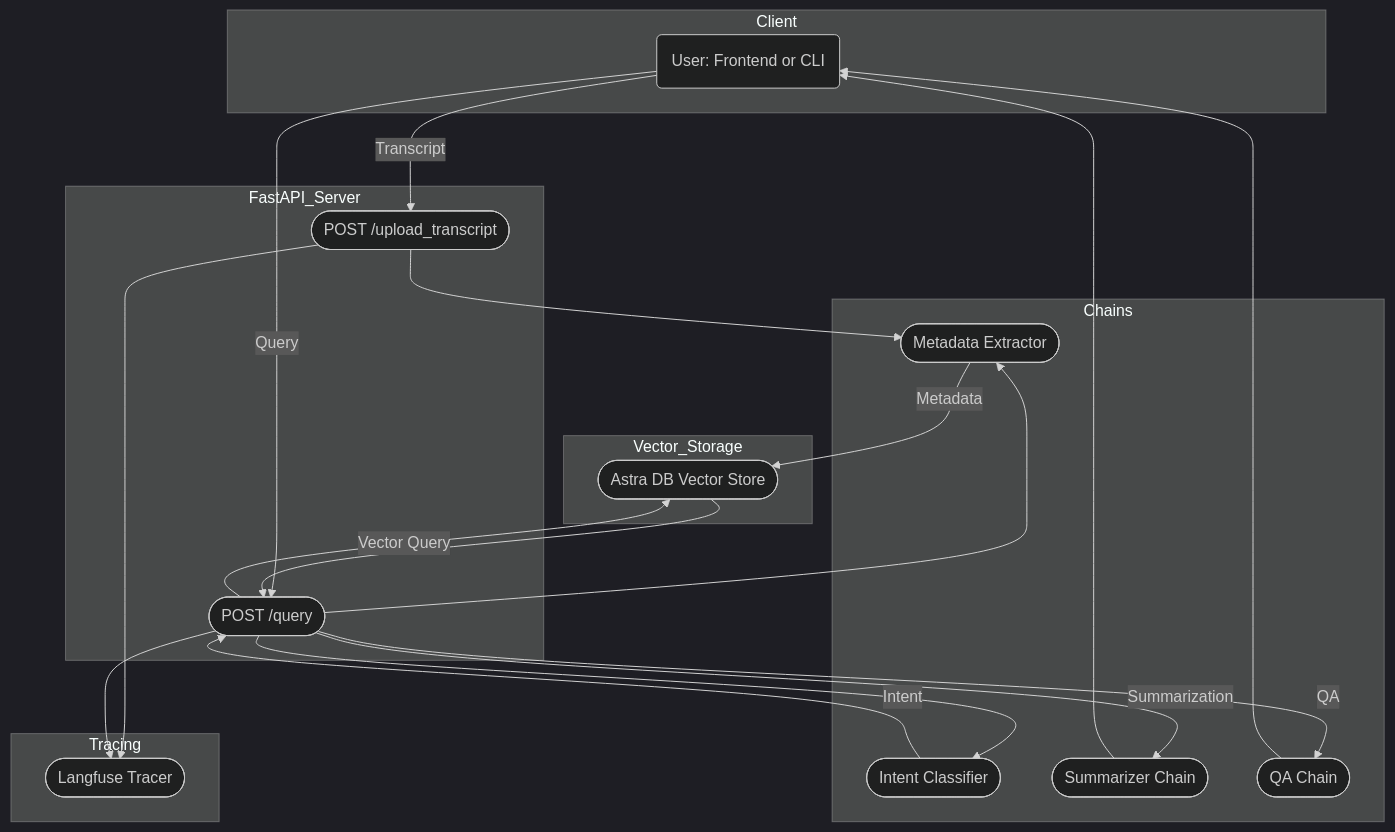
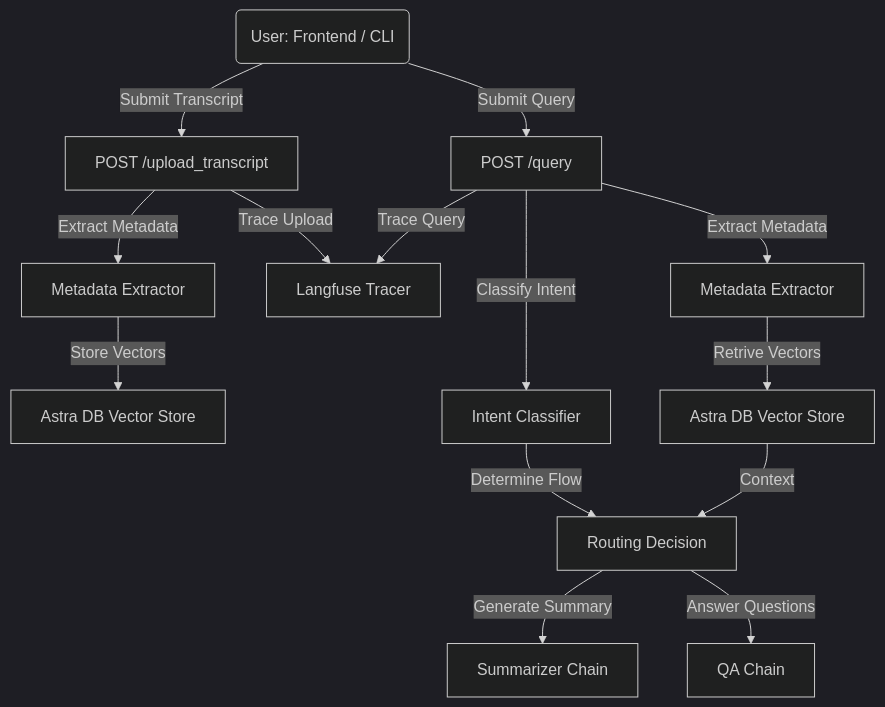
The diagram in README.md (Abdul-Muizz1310/Meeting-Transcript-Bot), drawn with Mermaid (dark theme) before and after one commit.

````diff
--- a/README.md
+++ b/README.md
@@ -20,39 +20,24 @@
 ```mermaid
 flowchart TD
-    subgraph Client
-        A(User: Frontend or CLI)
-    end
+    A(User: Frontend / CLI)
 
-    subgraph FastAPI_Server
-        B([POST /upload_transcript])
-        C([POST /query])
-    end
+    %% Upload Transcript Path
+    A -->|Submit Transcript| B[POST /upload_transcript]
+    B -->|Extract Metadata| C[Metadata Extractor]
+    B -->|Trace Upload| E[Langfuse Tracer]
+    C -->|Store Vectors| D[Astra DB Vector Store]
+    
 
-    subgraph Chains
-        D([Metadata Extractor])
-        E([Intent Classifier])
-        F([Summarizer Chain])
-        G([QA Chain])
-    end
+    %% Query Path
+    A -->|Submit Query| F[POST /query]
+    F -->|Classify Intent| G[Intent Classifier]
+    G -->|Determine Flow| H[Routing Decision]
 
-    subgraph Vector_Storage
-        H([Astra DB Vector Store])
-    end
+    H -->|Generate Summary| I[Summarizer Chain]
+    H -->|Answer Questions| J[QA Chain]
+    F -->|Extract Metadata| K[Metadata Extractor]
+    K -->|Retrive Vectors| L[Astra DB Vector Store]
+    L-->|Context| H[Routing Decision]
 
-    subgraph Tracing
-        I([Langfuse Tracer])
-    end
-
-    A -->|Transcript| B --> D
-    D -->|Metadata| H
-    B --> I
-
-    A -->|Query| C --> E
-    E -->|Intent| C
-    C --> D
-    C -->|Vector Query| H --> C
-
-    C -->|Summarization| F --> A
-    C -->|QA| G --> A
-    C --> I
+    F -->|Trace Query| E
 ```
````
